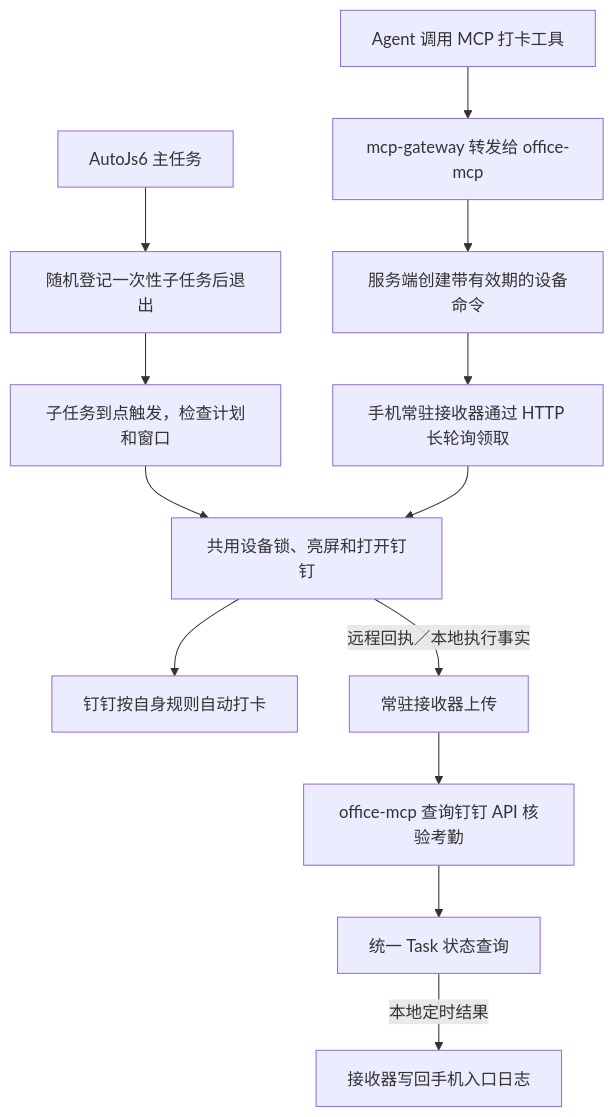
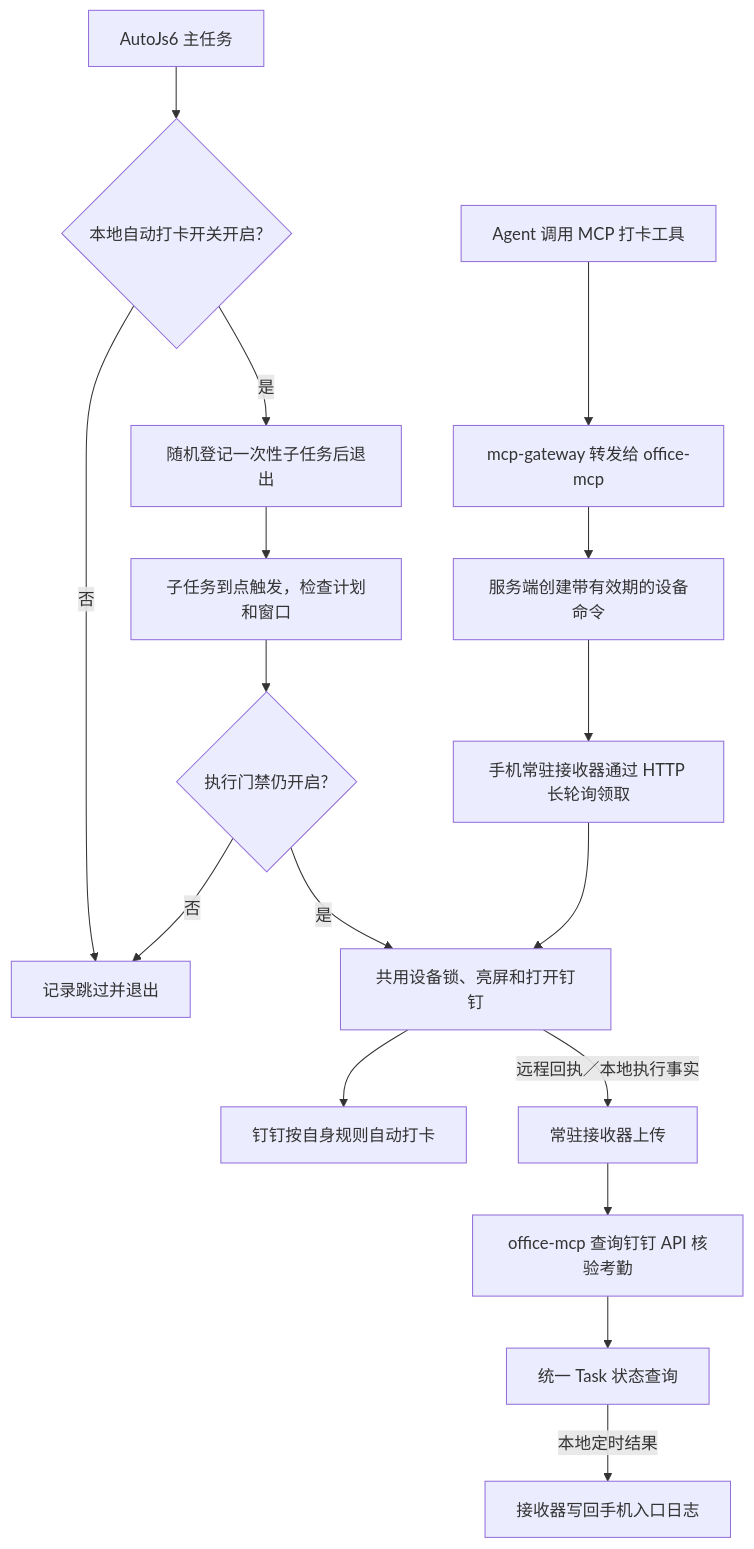
Before and after one commit to Ultronxr/OfficeMcpWithDingtalkAttendance: the diagram in autojs6/README.md, drawn with Mermaid. The commit also changed other lines of this file and 17 other files, not shown here.

````diff
--- a/autojs6/README.md
+++ b/autojs6/README.md
@@ -15,15 +16,19 @@
 ```mermaid
 flowchart TD
-    A[AutoJs6 主任务] --> B[随机登记一次性子任务后退出]
+    A[AutoJs6 主任务] --> P{本地自动打卡开关开启?}
+    P -->|是| B[随机登记一次性子任务后退出]
+    P -->|否| S[记录跳过并退出]
     B --> C[子任务到点触发，检查计划和窗口]
     D[Agent 调用 MCP 打卡工具] --> E[mcp-gateway 转发给 office-mcp]
     E --> F[服务端创建带有效期的设备命令]
     F --> G[手机常驻接收器通过 HTTP 长轮询领取]
-    C --> H[共用设备锁、亮屏和打开钉钉]
+    C --> Q{执行门禁仍开启?}
+    Q -->|是| H[共用设备锁、亮屏和打开钉钉]
+    Q -->|否| S
     G --> H
     H --> I[钉钉按自身规则自动打卡]
     H -->|远程回执／本地执行事实| J[常驻接收器上传]
     J --> K[office-mcp 查询钉钉 API 核验考勤]
     K --> L[统一 Task 状态查询]
     L -->|本地定时结果| M[接收器写回手机入口日志]
 ```
````
